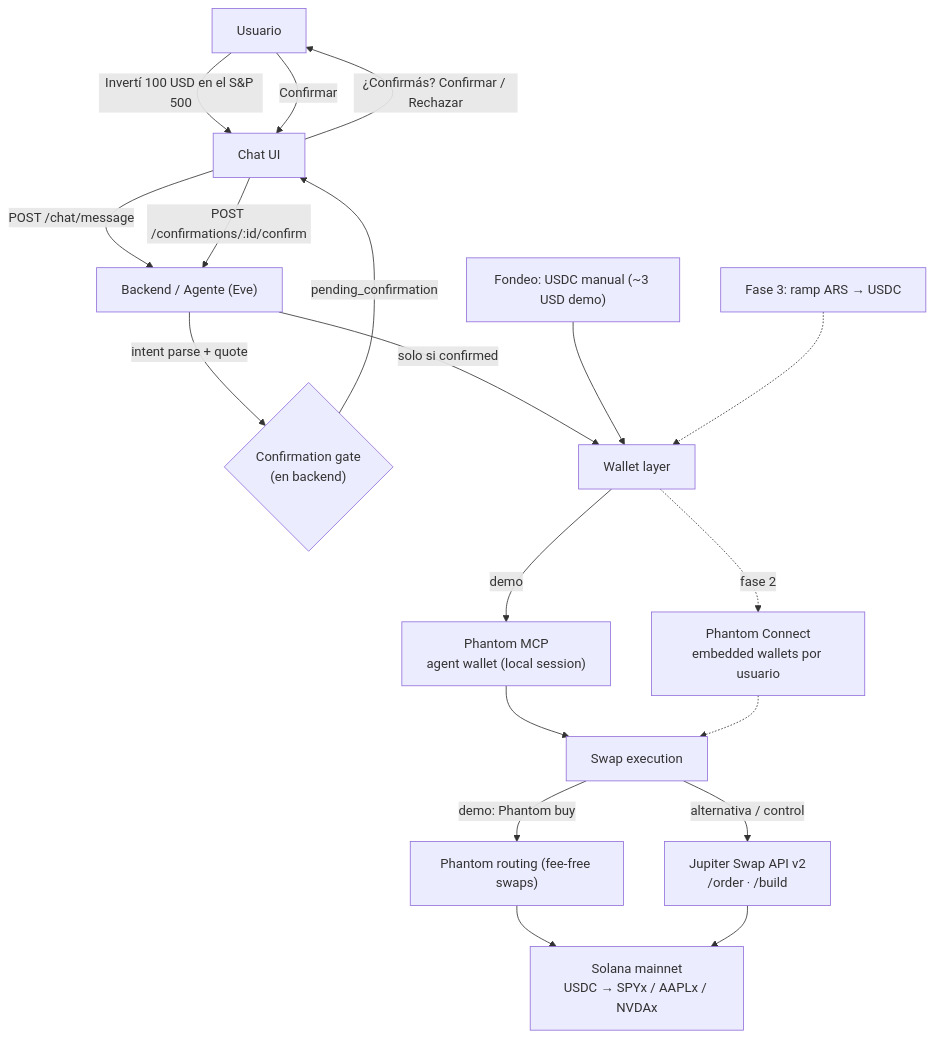
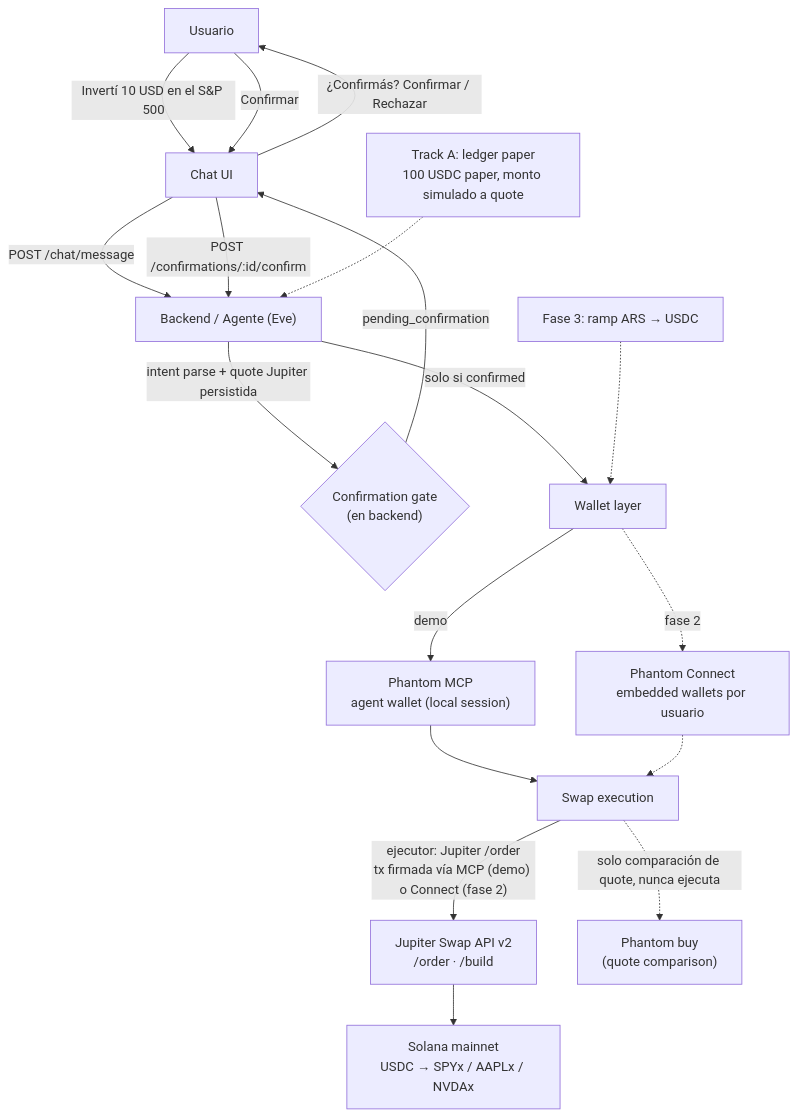
One commit to meschinidino/agent-trading changed the diagram in docs/specs/README.md. Above: the diagram before and after it, drawn with Mermaid. The commit also changed other lines of this file and 7 other files, not shown here.

````diff
--- a/docs/specs/README.md
+++ b/docs/specs/README.md
@@ -29,21 +29,20 @@
 ```mermaid
 flowchart TD
-    U["Usuario"] -->|"Invertí 100 USD en el S&P 500"| UI["Chat UI"]
+    U["Usuario"] -->|"Invertí 10 USD en el S&P 500"| UI["Chat UI"]
     UI -->|"POST /chat/message"| BE["Backend / Agente (Eve)"]
-    BE -->|"intent parse + quote"| GATE{"Confirmation gate<br/>(en backend)"}
+    BE -->|"intent parse + quote Jupiter persistida"| GATE{"Confirmation gate<br/>(en backend)"}
     GATE -->|"pending_confirmation"| UI
     UI -->|"¿Confirmás? Confirmar / Rechazar"| U
     U -->|"Confirmar"| UI
     UI -->|"POST /confirmations/:id/confirm"| BE
     BE -->|"solo si confirmed"| WAL["Wallet layer"]
     WAL -->|"demo"| MCP["Phantom MCP<br/>agent wallet (local session)"]
     WAL -.->|"fase 2"| CONN["Phantom Connect<br/>embedded wallets por usuario"]
     MCP --> SWAP["Swap execution"]
     CONN -.-> SWAP
-    SWAP -->|"demo: Phantom buy"| PH["Phantom routing (fee-free swaps)"]
-    SWAP -->|"alternativa / control"| JUP["Jupiter Swap API v2<br/>/order · /build"]
-    PH --> SOL["Solana mainnet<br/>USDC → SPYx / AAPLx / NVDAx"]
-    JUP --> SOL
-    FUND["Fondeo: USDC manual (~3 USD demo)"] --> WAL
+    SWAP -->|"ejecutor: Jupiter /order<br/>tx firmada vía MCP (demo) o Connect (fase 2)"| JUP["Jupiter Swap API v2<br/>/order · /build"]
+    SWAP -.->|"solo comparación de quote, nunca ejecuta"| PH["Phantom buy<br/>(quote comparison)"]
+    JUP --> SOL["Solana mainnet<br/>USDC → SPYx / AAPLx / NVDAx"]
+    PAPER["Track A: ledger paper<br/>100 USDC paper, monto simulado a quote"] -.-> BE
     RAMP["Fase 3: ramp ARS → USDC"] -.-> WAL
 ```
````
